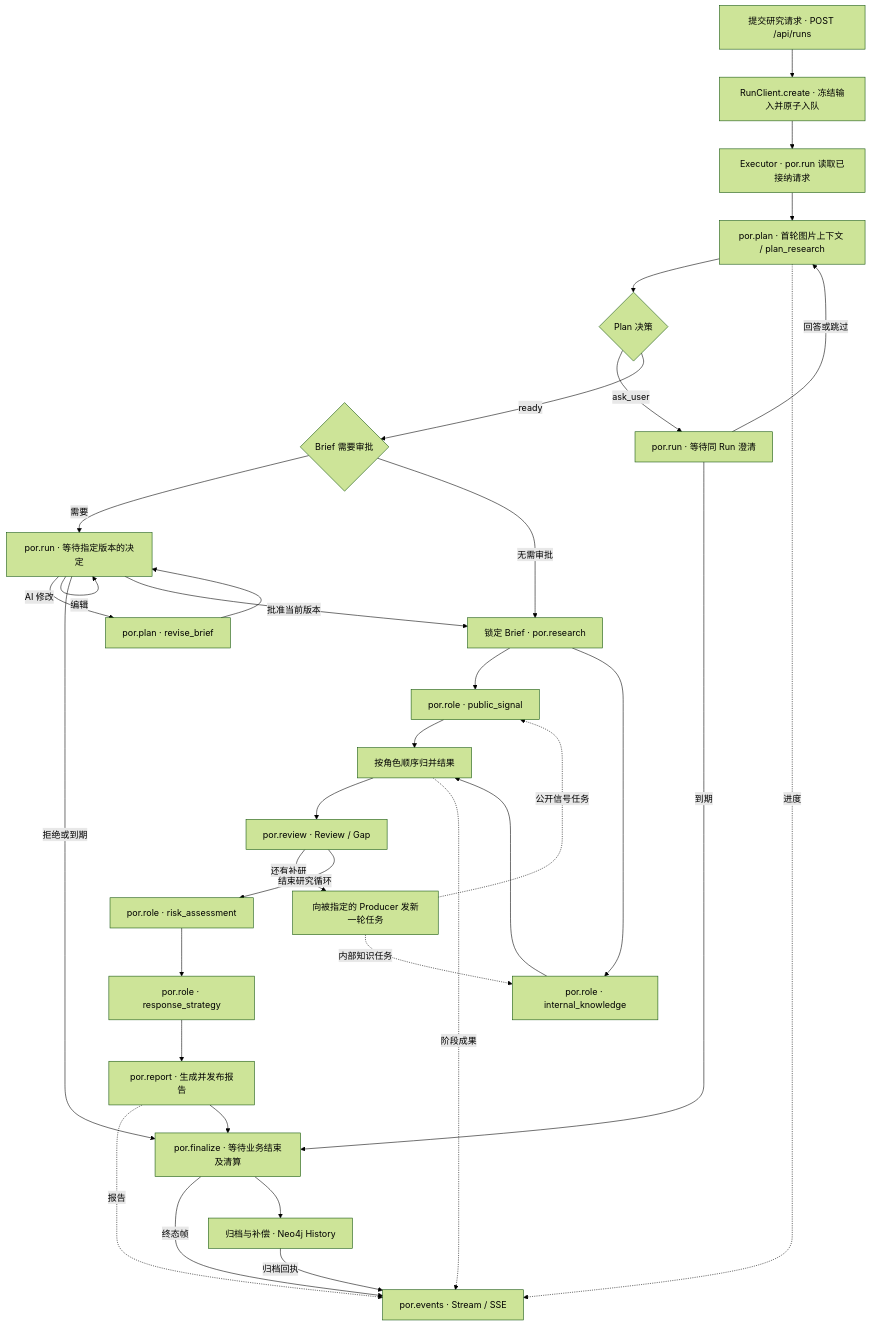
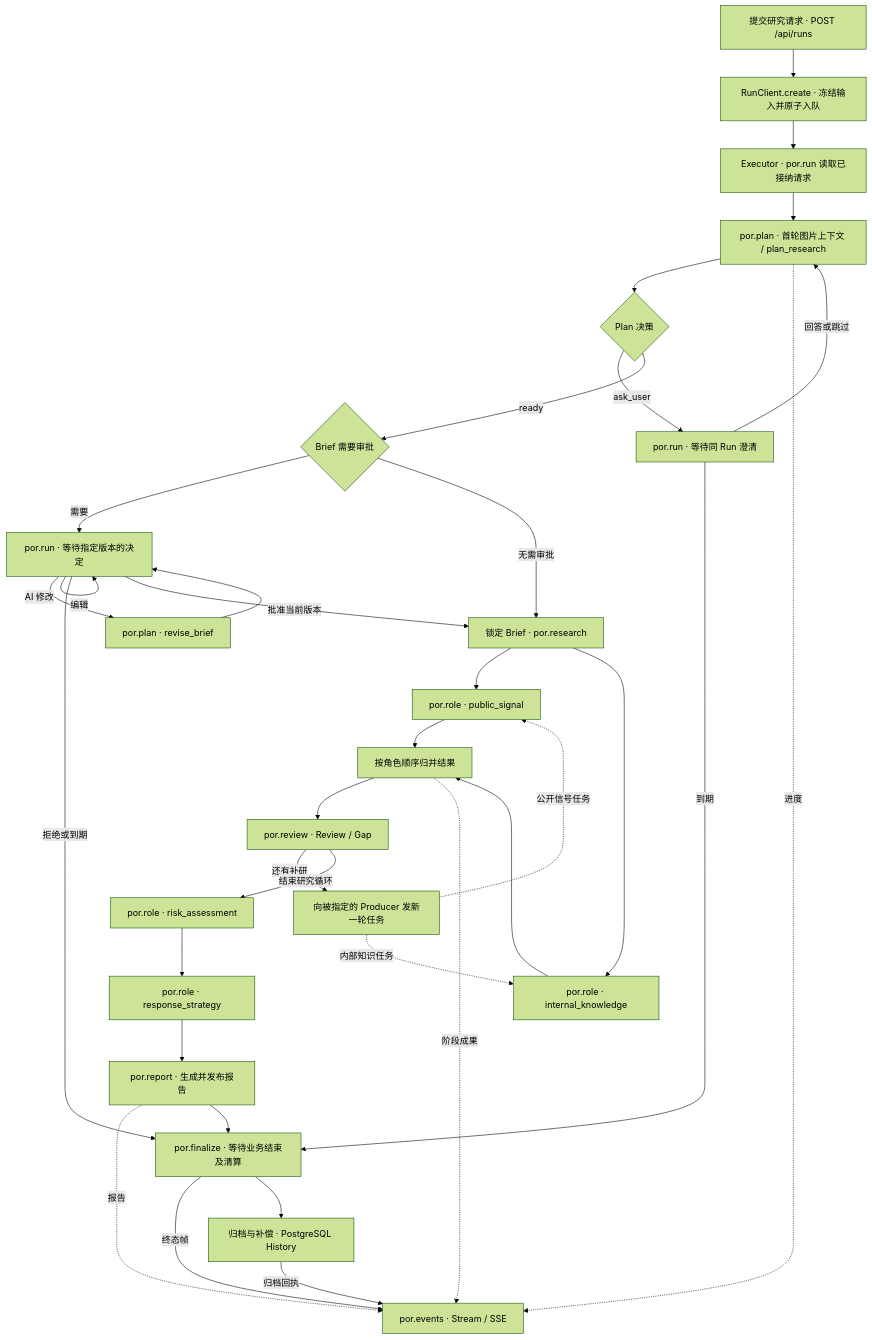
One commit to kkaaakk/public_opinion_research changed the second of 2 diagrams in docs/architecture/agent-loop.md. Above: the diagram before and after it, drawn with Mermaid (forest theme). The commit also changed other lines of this file and 141 other files, not shown here.

Commit message:
refactor(context): remove research graph and working-context memory

````diff
--- a/docs/architecture/agent-loop.md
+++ b/docs/architecture/agent-loop.md
@@ -60,36 +58,36 @@
 ```mermaid
 flowchart TD
     A["提交研究请求 · POST /api/runs"] --> B["RunClient.create · 冻结输入并原子入队"]
     B --> C["Executor · por.run 读取已接纳请求"]
     C --> D["por.plan · 首轮图片上下文 / plan_research"]
     D --> E{"Plan 决策"}
     E -->|ask_user| F["por.run · 等待同 Run 澄清"]
     F -->|回答或跳过| D
     E -->|ready| G{"Brief 需要审批"}
     G -->|需要| H["por.run · 等待指定版本的决定"]
     H -->|编辑| H
     H -->|AI 修改| I["por.plan · revise_brief"]
     I --> H
     F -->|到期| T["por.finalize · 等待业务结束及清算"]
     H -->|拒绝或到期| T
     G -->|无需审批| R["锁定 Brief · por.research"]
     H -->|批准当前版本| R
     R --> P1["por.role · public_signal"]
     R --> P2["por.role · internal_knowledge"]
     P1 --> J["按角色顺序归并结果"]
     P2 --> J
     J --> V["por.review · Review / Gap"]
     V -->|还有补研| W["向被指定的 Producer 发新一轮任务"]
     W -. "公开信号任务" .-> P1
     W -. "内部知识任务" .-> P2
     V -->|结束研究循环| K["por.role · risk_assessment"]
     K --> S["por.role · response_strategy"]
     S --> Q["por.report · 生成并发布报告"]
     D -. "进度" .-> L["por.events · Stream / SSE"]
     J -. "阶段成果" .-> L
     Q -. "报告" .-> L
     Q --> T
     T -->|终态帧| L
-    T --> O["归档与补偿 · Neo4j History"]
+    T --> O["归档与补偿 · PostgreSQL History"]
     O -->|归档回执| L
 ```
````
